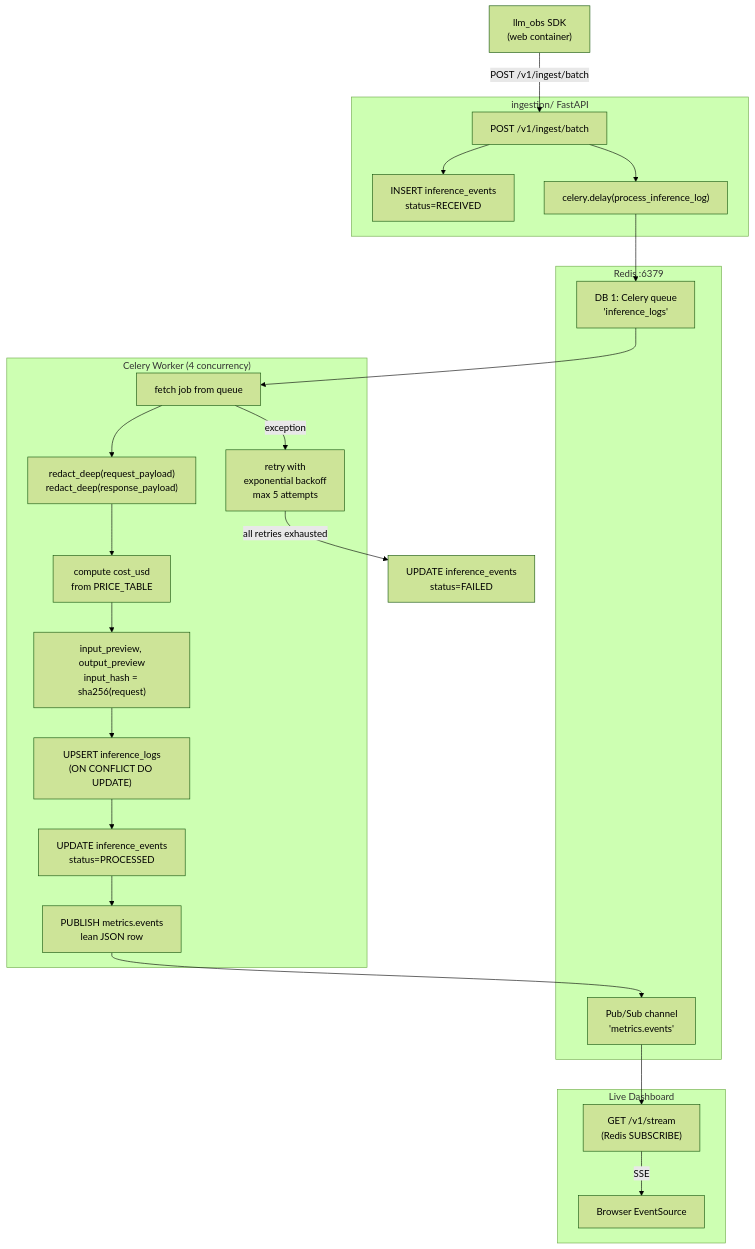
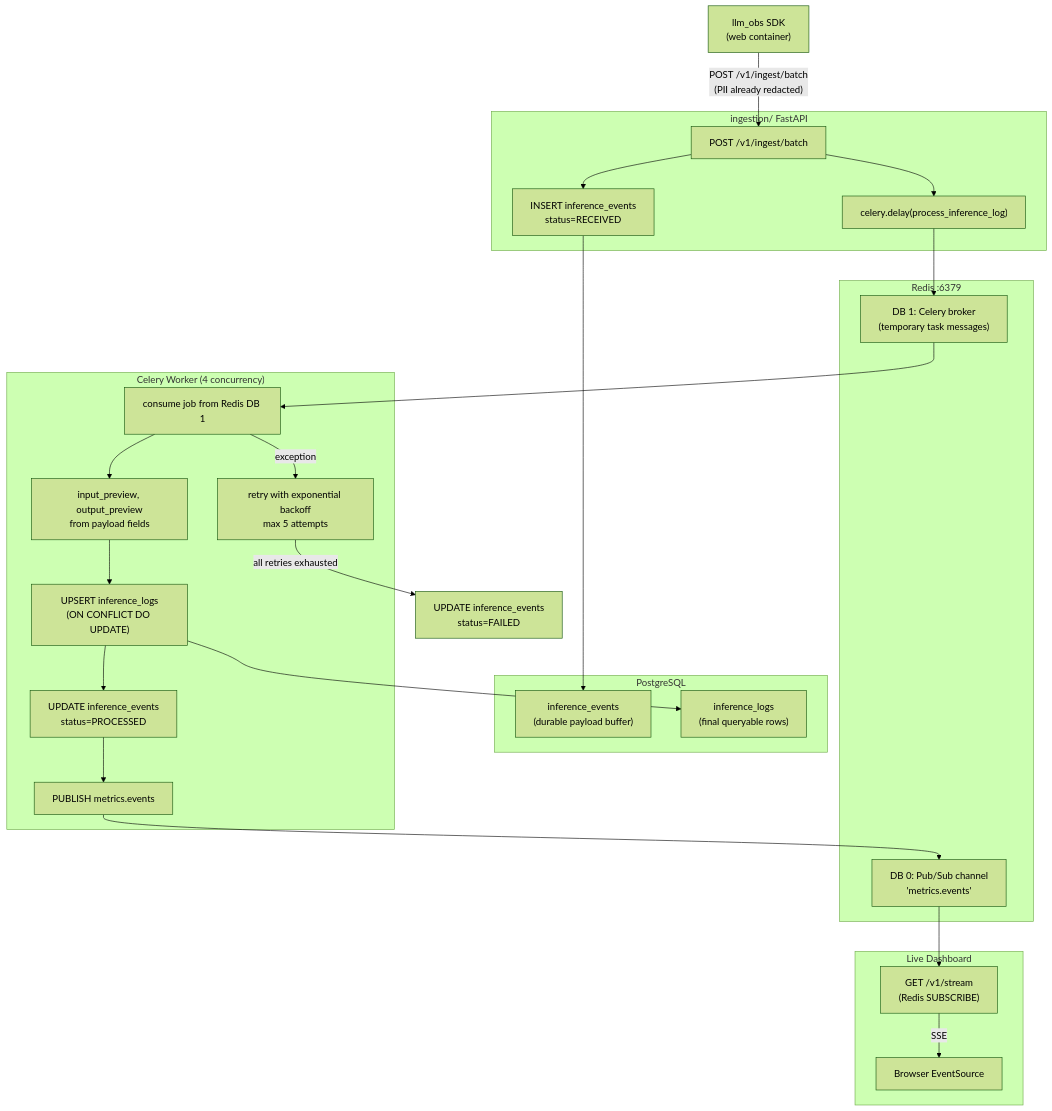
One commit to repanareddysekhar/chatbot-llm-observability changed the sixth of 10 diagrams in ARCHITECTURE.md. Above: the diagram before and after it, drawn with Mermaid (forest theme). The commit also changed other lines of this file and 1 other file, not shown here.

````diff
--- a/ARCHITECTURE.md
+++ b/ARCHITECTURE.md
@@ -389,46 +404,51 @@
 ```mermaid
 flowchart TD
     SDK["llm_obs SDK\n(web container)"]
     
     subgraph Ingestion["ingestion/ FastAPI"]
         Route["POST /v1/ingest/batch"]
         AuditWrite["INSERT inference_events\nstatus=RECEIVED"]
         Enqueue["celery.delay(process_inference_log)"]
     end
 
     subgraph RedisQ["Redis :6379"]
-        CeleryQ["DB 1: Celery queue\n'inference_logs'"]
-        PubSub["Pub/Sub channel\n'metrics.events'"]
+        CeleryQ["DB 1: Celery broker\n(temporary task messages)"]
+        PubSub["DB 0: Pub/Sub channel\n'metrics.events'"]
+    end
+
+    subgraph PostgresBuf["PostgreSQL"]
+        EventBuf["inference_events\n(durable payload buffer)"]
+        LogTable["inference_logs\n(final queryable rows)"]
     end
 
     subgraph CeleryWorker["Celery Worker (4 concurrency)"]
-        Fetch["fetch job from queue"]
-        PiiRedact["redact_deep(request_payload)\nredact_deep(response_payload)"]
-        CostCalc["compute cost_usd\nfrom PRICE_TABLE"]
-        Derived["input_preview, output_preview\ninput_hash = sha256(request)"]
+        Fetch["consume job from Redis DB 1"]
+        Derived["input_preview, output_preview\nfrom payload fields"]
         Upsert["UPSERT inference_logs\n(ON CONFLICT DO UPDATE)"]
         UpdateEvent["UPDATE inference_events\nstatus=PROCESSED"]
-        Publish["PUBLISH metrics.events\nlean JSON row"]
-        Retry["retry with\nexponential backoff\nmax 5 attempts"]
+        Publish["PUBLISH metrics.events"]
+        Retry["retry with exponential backoff\nmax 5 attempts"]
     end
 
     subgraph Dashboard["Live Dashboard"]
         SSESub["GET /v1/stream\n(Redis SUBSCRIBE)"]
         Browser["Browser EventSource"]
     end
 
-    SDK -->|"POST /v1/ingest/batch"| Route
+    SDK -->|"POST /v1/ingest/batch\n(PII already redacted)"| Route
     Route --> AuditWrite
+    AuditWrite --> EventBuf
     Route --> Enqueue
     Enqueue --> CeleryQ
     CeleryQ --> Fetch
-    Fetch --> PiiRedact --> CostCalc --> Derived --> Upsert
+    Fetch --> Derived --> Upsert
+    Upsert --> LogTable
     Upsert --> UpdateEvent
     UpdateEvent --> Publish
     Publish --> PubSub
     PubSub --> SSESub
     SSESub -->|SSE| Browser
 
     Fetch -->|"exception"| Retry
     Retry -->|"all retries exhausted"| FailMark["UPDATE inference_events\nstatus=FAILED"]
 ```
````
